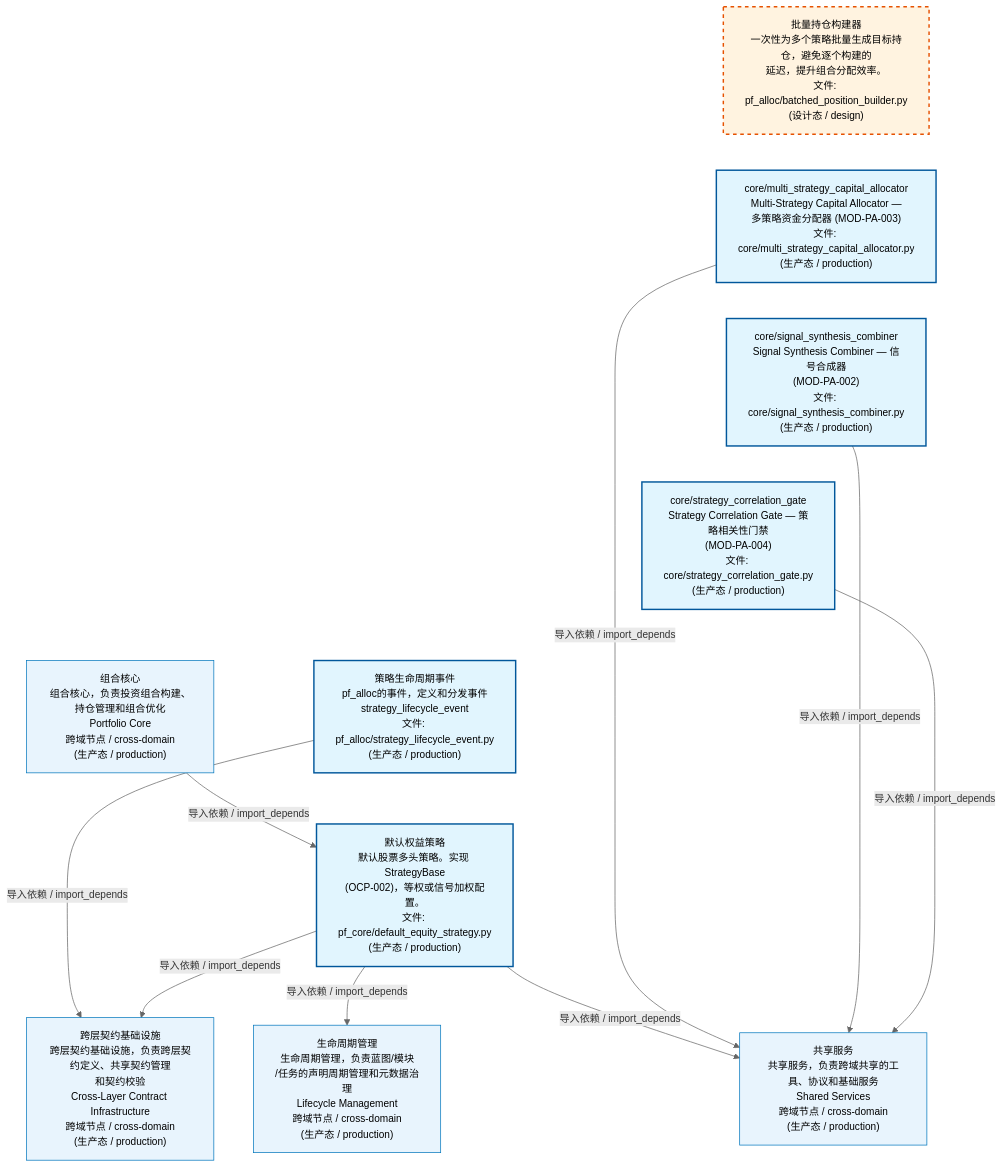
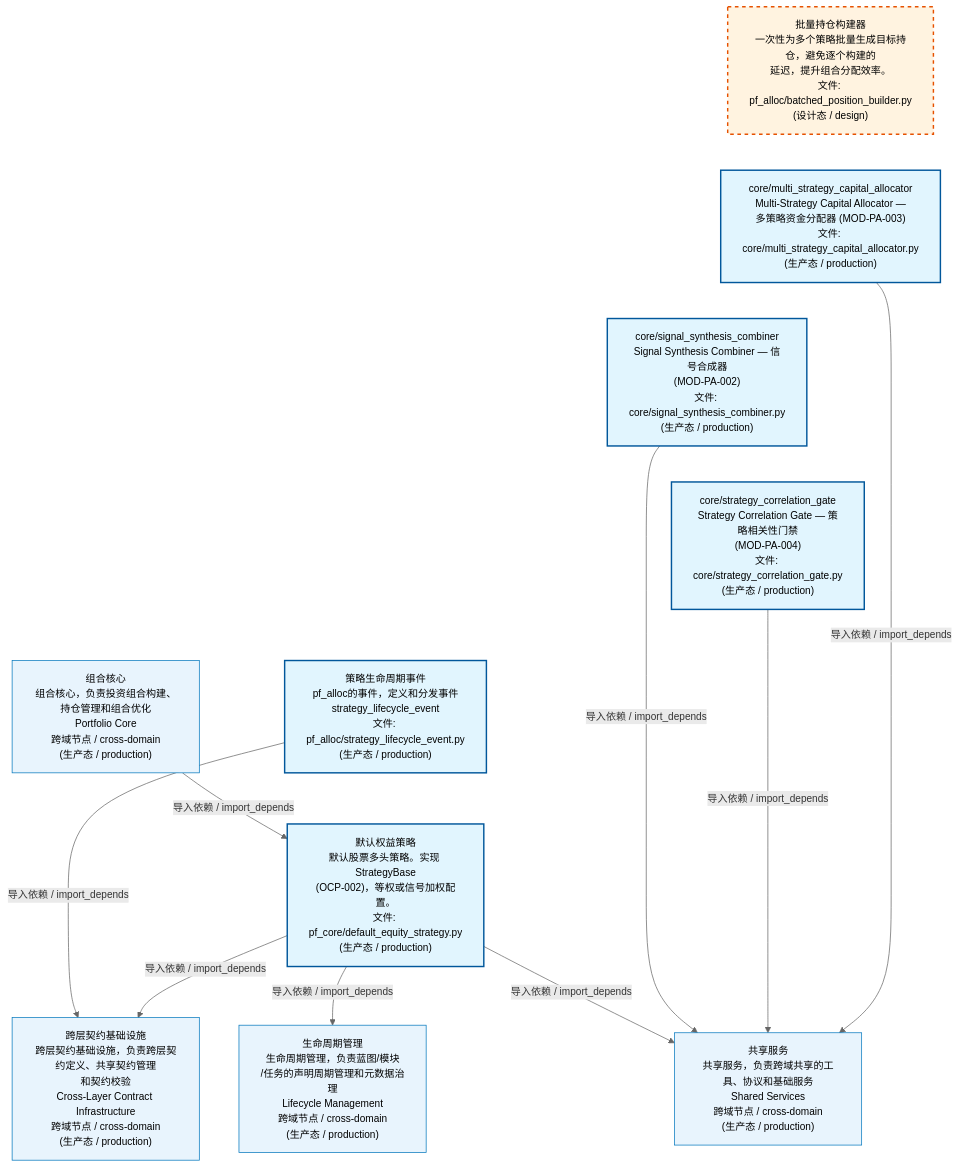
One commit to xuanFelixVan/ZephyrAlpha changed the first of 4 diagrams in docs/02_enterprise_architecture/02_domain_architecture_docs/62_d_pf_alloc.md. Above: the diagram before and after it, drawn with Mermaid. The commit also changed other lines of this file and 43 other files, not shown here.

````diff
--- a/docs/02_enterprise_architecture/02_domain_architecture_docs/62_d_pf_alloc.md
+++ b/docs/02_enterprise_architecture/02_domain_architecture_docs/62_d_pf_alloc.md
@@ -53,34 +53,34 @@
 ```mermaid
 %%{init: {'theme': 'base', 'themeVariables': {'primaryColor': '#eaeaea', 'primaryTextColor': '#333333', 'primaryBorderColor': '#666666', 'lineColor': '#666666', 'secondaryColor': '#eaeaea', 'tertiaryColor': '#eaeaea', 'fontSize': '14px'}}}%%
 flowchart TD
     src_zephyr_pf_alloc_batched_position_builder_py["批量持仓构建器<br/>一次性为多个策略批量生成目标持仓，避免逐个构建的<br/>延迟，提升组合分配效率。<br/>文件: pf_alloc/batched_position_builder.py<br/>(设计态 / design)"]
     src_zephyr_pf_alloc_core_multi_strategy_capital_allocator_py["core/multi_strategy_capital_allocator<br/>Multi-Strategy Capital Allocator —<br/>多策略资金分配器 (MOD-PA-003)<br/>文件: core/multi_strategy_capital_allocator.py<br/>(生产态 / production)"]
     src_zephyr_pf_alloc_core_signal_synthesis_combiner_py["core/signal_synthesis_combiner<br/>Signal Synthesis Combiner — 信号合成器<br/>(MOD-PA-002)<br/>文件: core/signal_synthesis_combiner.py<br/>(生产态 / production)"]
     src_zephyr_pf_alloc_core_strategy_correlation_gate_py["core/strategy_correlation_gate<br/>Strategy Correlation Gate — 策略相关性门禁<br/>(MOD-PA-004)<br/>文件: core/strategy_correlation_gate.py<br/>(生产态 / production)"]
     src_zephyr_pf_alloc_strategy_lifecycle_event_py["策略生命周期事件<br/>pf_alloc的事件，定义和分发事件<br/>strategy_lifecycle_event<br/>文件: pf_alloc/strategy_lifecycle_event.py<br/>(生产态 / production)"]
     src_zephyr_pf_core_default_equity_strategy_py["默认权益策略<br/>默认股票多头策略。实现 StrategyBase<br/>(OCP-002)，等权或信号加权配置。<br/>文件: pf_core/default_equity_strategy.py<br/>(生产态 / production)"]
     src_zephyr_pf_alloc_batched_position_builder_py ~~~ src_zephyr_pf_alloc_core_multi_strategy_capital_allocator_py
     src_zephyr_pf_alloc_core_multi_strategy_capital_allocator_py ~~~ src_zephyr_pf_alloc_core_signal_synthesis_combiner_py
     src_zephyr_pf_alloc_core_signal_synthesis_combiner_py ~~~ src_zephyr_pf_alloc_core_strategy_correlation_gate_py
     src_zephyr_pf_alloc_core_strategy_correlation_gate_py ~~~ src_zephyr_pf_alloc_strategy_lifecycle_event_py
     src_zephyr_pf_alloc_strategy_lifecycle_event_py ~~~ src_zephyr_pf_core_default_equity_strategy_py
     D_SHARED["共享服务<br/>共享服务，负责跨域共享的工具、协议和基础服务<br/>Shared Services<br/>跨域节点 / cross-domain<br/>(生产态 / production)"]
+    src_zephyr_pf_alloc_core_multi_strategy_capital_allocator_py -->|导入依赖 / import_depends| D_SHARED
     src_zephyr_pf_alloc_core_strategy_correlation_gate_py -->|导入依赖 / import_depends| D_SHARED
     src_zephyr_pf_alloc_core_signal_synthesis_combiner_py -->|导入依赖 / import_depends| D_SHARED
-    src_zephyr_pf_alloc_core_multi_strategy_capital_allocator_py -->|导入依赖 / import_depends| D_SHARED
     D_INFRASTRUCTURE["跨层契约基础设施<br/>跨层契约基础设施，负责跨层契约定义、共享契约管理<br/>和契约校验<br/>Cross-Layer Contract Infrastructure<br/>跨域节点 / cross-domain<br/>(生产态 / production)"]
     src_zephyr_pf_core_default_equity_strategy_py -->|导入依赖 / import_depends| D_INFRASTRUCTURE
     src_zephyr_pf_alloc_strategy_lifecycle_event_py -->|导入依赖 / import_depends| D_INFRASTRUCTURE
     src_zephyr_pf_core_default_equity_strategy_py -->|导入依赖 / import_depends| D_SHARED
     D_GOVERNANCE["生命周期管理<br/>生命周期管理，负责蓝图/模块<br/>/任务的声明周期管理和元数据治理<br/>Lifecycle Management<br/>跨域节点 / cross-domain<br/>(生产态 / production)"]
     src_zephyr_pf_core_default_equity_strategy_py -->|导入依赖 / import_depends| D_GOVERNANCE
     D_PF_CORE["组合核心<br/>组合核心，负责投资组合构建、持仓管理和组合优化<br/>Portfolio Core<br/>跨域节点 / cross-domain<br/>(生产态 / production)"]
     D_PF_CORE -->|导入依赖 / import_depends| src_zephyr_pf_core_default_equity_strategy_py
     classDef production fill:#e1f5fe,stroke:#01579b,stroke-width:2px,color:#000
     classDef design fill:#fff3e0,stroke:#e65100,stroke-width:2px,color:#000,stroke-dasharray: 5 5
     classDef external_prod fill:#e8f4fd,stroke:#0277bd,stroke-width:1px,color:#000
     classDef external_design fill:#fff8e7,stroke:#ef6c00,stroke-width:1px,color:#000,stroke-dasharray: 5 5
     class src_zephyr_pf_alloc_core_multi_strategy_capital_allocator_py,src_zephyr_pf_alloc_core_signal_synthesis_combiner_py,src_zephyr_pf_alloc_core_strategy_correlation_gate_py,src_zephyr_pf_alloc_strategy_lifecycle_event_py,src_zephyr_pf_core_default_equity_strategy_py production
     class src_zephyr_pf_alloc_batched_position_builder_py design
     class D_SHARED,D_INFRASTRUCTURE,D_GOVERNANCE,D_PF_CORE external_prod
 ```
````
